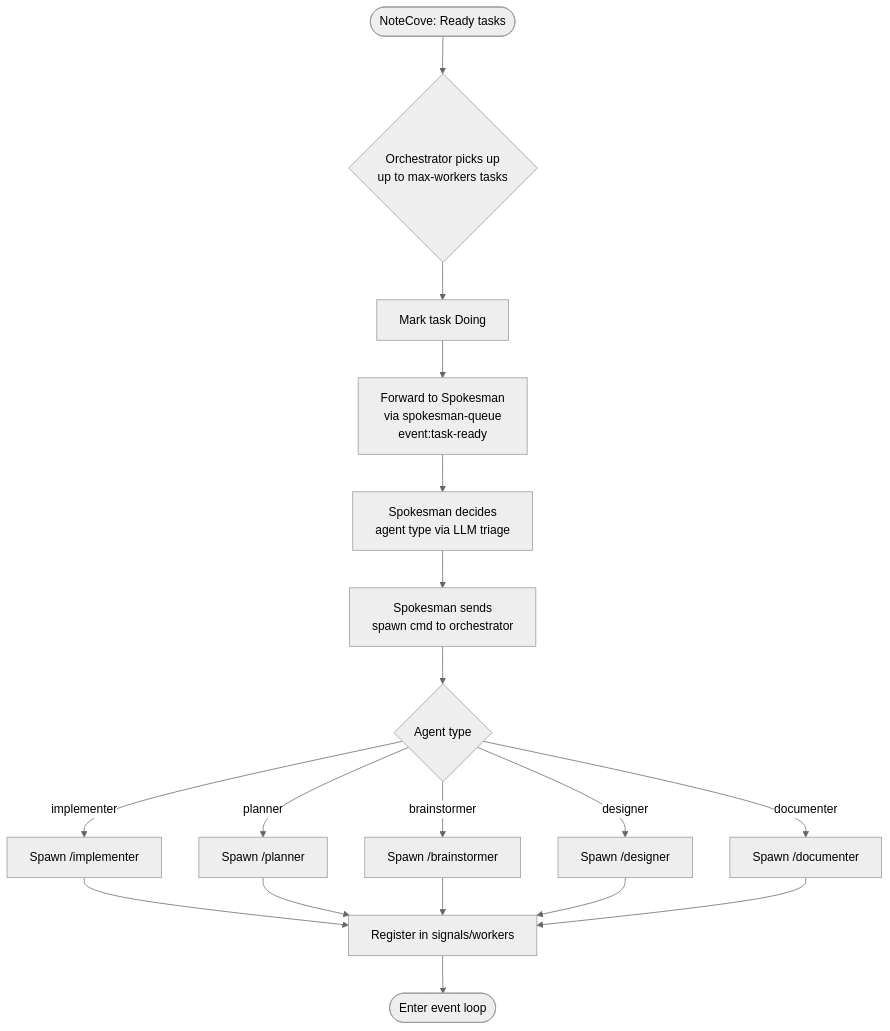
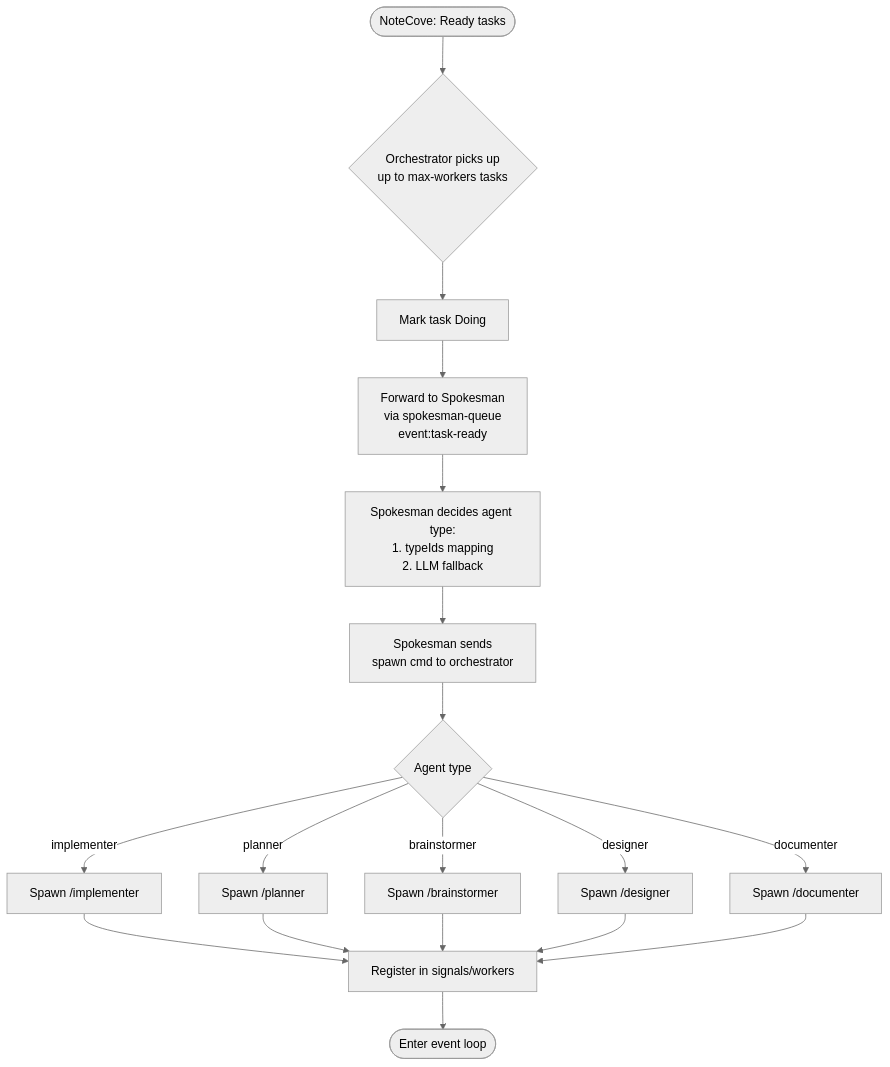
The second of 13 diagrams in docs/agentic-workflow.md (gara2000/agentmesh), drawn with Mermaid (neutral theme) before and after one commit. The commit also changed 3 other files, not shown here.

First line of the commit message:
feat(spokesman): triage by task typeIds with LLM fallback [WORK-jmj]

````diff
--- a/docs/agentic-workflow.md
+++ b/docs/agentic-workflow.md
@@ -83,16 +83,16 @@
 ```mermaid
 flowchart TD
     A([NoteCove: Ready tasks]) --> B{Orchestrator picks up\nup to max-workers tasks}
     B --> C[Mark task Doing]
     C --> D[Forward to Spokesman\nvia spokesman-queue\nevent:task-ready]
-    D --> E[Spokesman decides\nagent type via LLM triage]
+    D --> E[Spokesman decides agent type:\n1. typeIds mapping\n2. LLM fallback]
     E --> F[Spokesman sends\nspawn cmd to orchestrator]
     F --> G{Agent type}
     G -->|implementer| W[Spawn /implementer]
     G -->|planner| P[Spawn /planner]
     G -->|brainstormer| BR[Spawn /brainstormer]
     G -->|designer| DE[Spawn /designer]
     G -->|documenter| DOC[Spawn /documenter]
     W & P & BR & DE & DOC --> H[Register in signals/workers]
     H --> I([Enter event loop])
 ```
````
